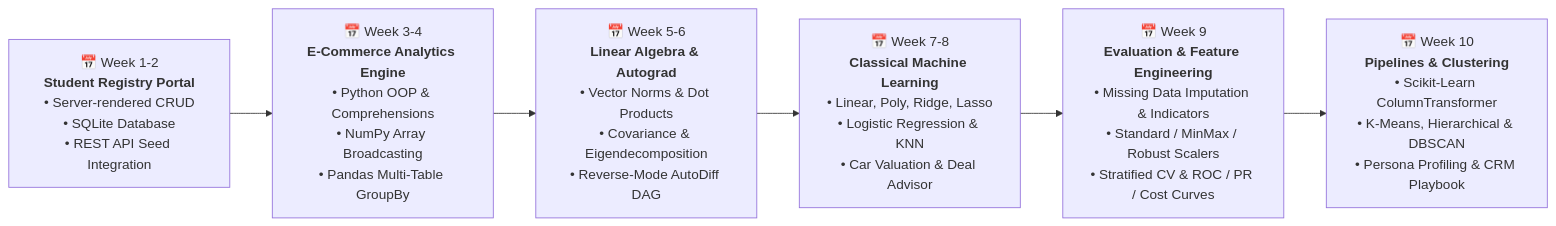
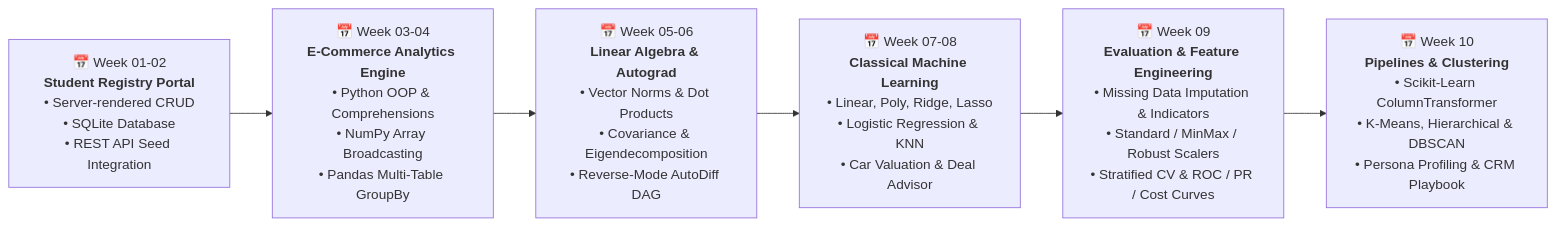
One commit to dhanish0711/Hack-o-Week-Odd-Semester-Session-2026-2027 changed the diagram in README.md. Above: the diagram before and after it, drawn with Mermaid. The commit also changed other lines of this file and 59 other files, not shown here.

````diff
--- a/README.md
+++ b/README.md
@@ -25,9 +25,9 @@
 ```mermaid
 flowchart LR
-    W1["📅 Week 1-2<br><b>Student Registry Portal</b><br>• Server-rendered CRUD<br>• SQLite Database<br>• REST API Seed Integration"]
-    --> W3["📅 Week 3-4<br><b>E-Commerce Analytics Engine</b><br>• Python OOP & Comprehensions<br>• NumPy Array Broadcasting<br>• Pandas Multi-Table GroupBy"]
-    --> W5["📅 Week 5-6<br><b>Linear Algebra & Autograd</b><br>• Vector Norms & Dot Products<br>• Covariance & Eigendecomposition<br>• Reverse-Mode AutoDiff DAG"]
-    --> W7["📅 Week 7-8<br><b>Classical Machine Learning</b><br>• Linear, Poly, Ridge, Lasso<br>• Logistic Regression & KNN<br>• Car Valuation & Deal Advisor"]
-    --> W9["📅 Week 9<br><b>Evaluation & Feature Engineering</b><br>• Missing Data Imputation & Indicators<br>• Standard / MinMax / Robust Scalers<br>• Stratified CV & ROC / PR / Cost Curves"]
+    W1["📅 Week 01-02<br><b>Student Registry Portal</b><br>• Server-rendered CRUD<br>• SQLite Database<br>• REST API Seed Integration"]
+    --> W3["📅 Week 03-04<br><b>E-Commerce Analytics Engine</b><br>• Python OOP & Comprehensions<br>• NumPy Array Broadcasting<br>• Pandas Multi-Table GroupBy"]
+    --> W5["📅 Week 05-06<br><b>Linear Algebra & Autograd</b><br>• Vector Norms & Dot Products<br>• Covariance & Eigendecomposition<br>• Reverse-Mode AutoDiff DAG"]
+    --> W7["📅 Week 07-08<br><b>Classical Machine Learning</b><br>• Linear, Poly, Ridge, Lasso<br>• Logistic Regression & KNN<br>• Car Valuation & Deal Advisor"]
+    --> W9["📅 Week 09<br><b>Evaluation & Feature Engineering</b><br>• Missing Data Imputation & Indicators<br>• Standard / MinMax / Robust Scalers<br>• Stratified CV & ROC / PR / Cost Curves"]
     --> W10["📅 Week 10<br><b>Pipelines & Clustering</b><br>• Scikit-Learn ColumnTransformer<br>• K-Means, Hierarchical & DBSCAN<br>• Persona Profiling & CRM Playbook"]
 ```
````
